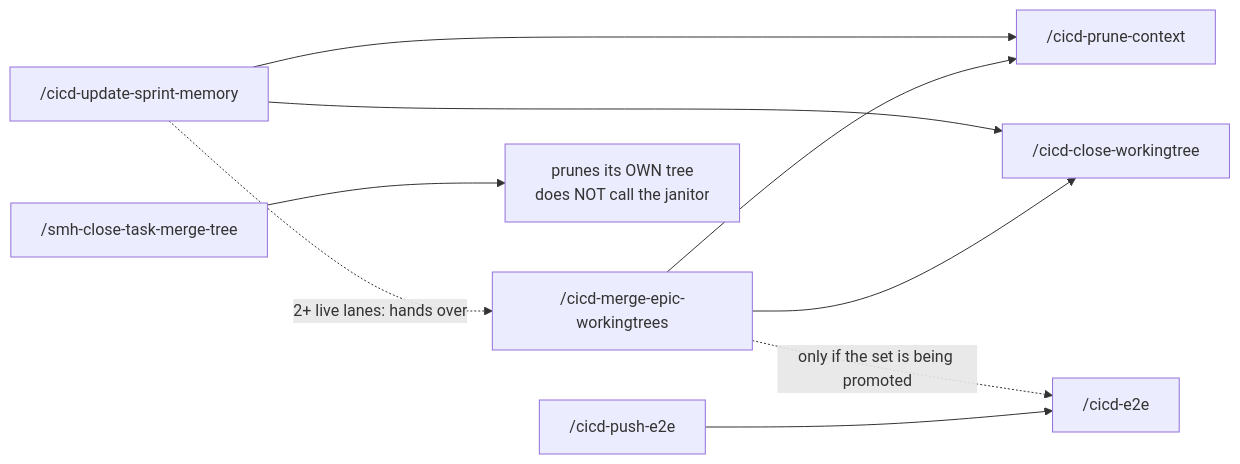
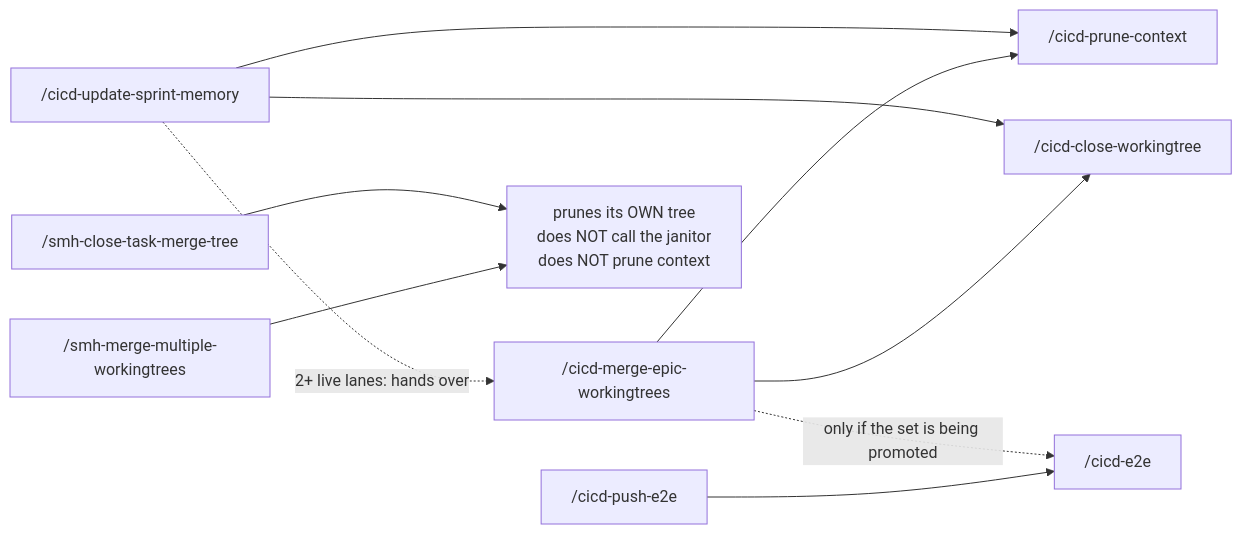
Before and after one commit to sudomadhatter/Sudo_Hatter_Command: the fifth of 43 diagrams in docs/_scc_sops_prds/workflows_testing_SOP.md, drawn with Mermaid. The commit also changed other lines of this file and 4 other files, not shown here.

````diff
--- a/docs/_scc_sops_prds/workflows_testing_SOP.md
+++ b/docs/_scc_sops_prds/workflows_testing_SOP.md
@@ -571,11 +551,12 @@
 ```mermaid
 flowchart LR
     UM["/cicd-update-sprint-memory"] --> PC["/cicd-prune-context"]
     UM --> CW["/cicd-close-workingtree"]
     ME["/cicd-merge-epic-workingtrees"] --> PC
     ME --> CW
     ME -.->|"only if the set is being promoted"| E2E["/cicd-e2e"]
     PE["/cicd-push-e2e"] --> E2E
-    TM["/smh-close-task-merge-tree"] --> OWN["prunes its OWN tree\ndoes NOT call the janitor"]
+    TM["/smh-close-task-merge-tree"] --> OWN["prunes its OWN tree\ndoes NOT call the janitor\ndoes NOT prune context"]
+    MM["/smh-merge-multiple-workingtrees"] --> OWN
     UM -.->|"2+ live lanes: hands over"| ME
 ```
````
